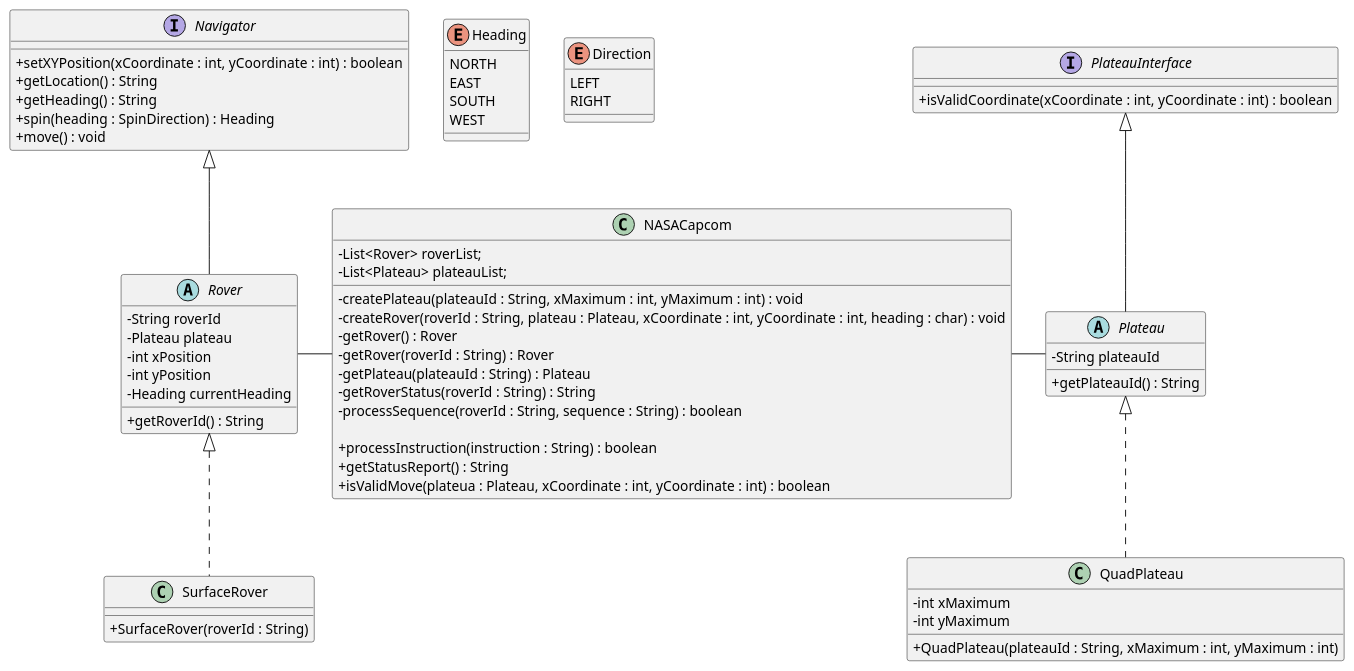
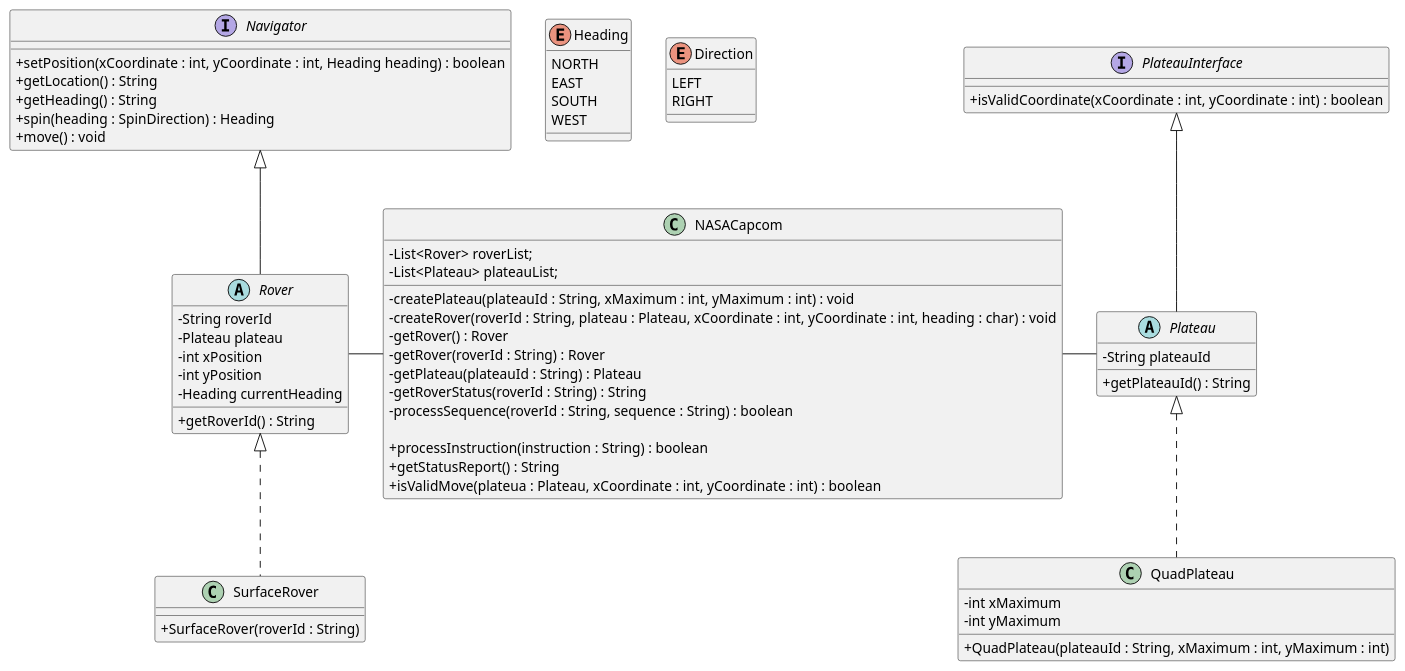
The diagram in uml/MarsRoverClassDiagram.puml (probert999/mars-rover), drawn with PlantUML before and after one commit. The commit also changed 5 other files, not shown here.

Commit message:
Updated UML - setPosition now takes heading. Added setPosition tests

```diff
--- a/uml/MarsRoverClassDiagram.puml
+++ b/uml/MarsRoverClassDiagram.puml
@@ -1,81 +1,81 @@
 @startuml
 skinparam classAttributeIconSize 0
 
 interface Navigator {
-    + setXYPosition(xCoordinate : int, yCoordinate : int) : boolean
+    + setPosition(xCoordinate : int, yCoordinate : int, Heading heading) : boolean
     + getLocation() : String
     + getHeading() : String
     + spin(heading : SpinDirection) : Heading
     + move() : void
 }
 
 abstract class Rover extends Navigator  {
   - String roverId
   - Plateau plateau
   - int xPosition
   - int yPosition
   - Heading currentHeading
 
   + getRoverId() : String
 }
 
 class SurfaceRover implements Rover  {
     + SurfaceRover(roverId : String)
 }
 
 interface PlateauInterface  {
    + isValidCoordinate(xCoordinate : int, yCoordinate : int) : boolean
 }
 
 abstract class Plateau extends PlateauInterface {
   - String plateauId
   + getPlateauId() : String
 }
 
 class QuadPlateau implements Plateau {
   - int xMaximum
   - int yMaximum
 
    + QuadPlateau(plateauId : String, xMaximum : int, yMaximum : int)
 
 }
 
 
 enum Heading
 {
 NORTH
 EAST
 SOUTH
 WEST
 }
 
 enum Direction
 {
 LEFT
 RIGHT
 }
 
 class NASACapcom {
   - List<Rover> roverList;
   - List<Plateau> plateauList;
 
   - createPlateau(plateauId : String, xMaximum : int, yMaximum : int) : void
   - createRover(roverId : String, plateau : Plateau, xCoordinate : int, yCoordinate : int, heading : char) : void
   - getRover() : Rover
   - getRover(roverId : String) : Rover
   - getPlateau(plateauId : String) : Plateau
   - getRoverStatus(roverId : String) : String
   - processSequence(roverId : String, sequence : String) : boolean
 
   + processInstruction(instruction : String) : boolean
   + getStatusReport() : String
   + isValidMove(plateua : Plateau, xCoordinate : int, yCoordinate : int) : boolean
 }
 
 NASACapcom - Plateau
 Rover - NASACapcom
 
 
 Heading -[hidden] Navigator
 Heading -[hidden] Direction
 @enduml
```
